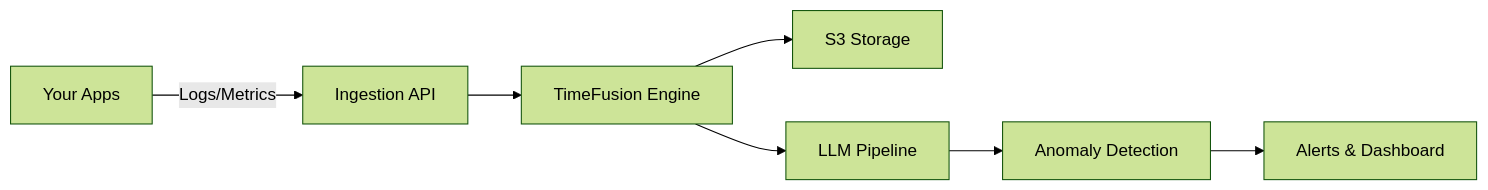
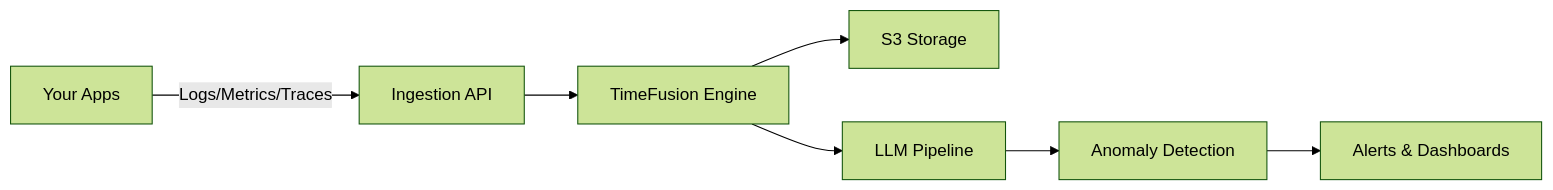
Before and after one commit to monoscope-tech/monoscope: the diagram in README.md, drawn with Mermaid (forest theme). The commit also changed other lines of this file, not shown here.

````diff
--- a/README.md
+++ b/README.md
@@ -220,9 +140,9 @@
 ```mermaid
 graph LR
-    A[Your Apps] -->|Logs/Metrics| B[Ingestion API]
+    A[Your Apps] -->|Logs/Metrics/Traces| B[Ingestion API]
     B --> C[TimeFusion Engine]
     C --> D[S3 Storage]
     C --> E[LLM Pipeline]
     E --> F[Anomaly Detection]
-    F --> G[Alerts & Dashboard]
+    F --> G[Alerts & Dashboards]
 ```
````
